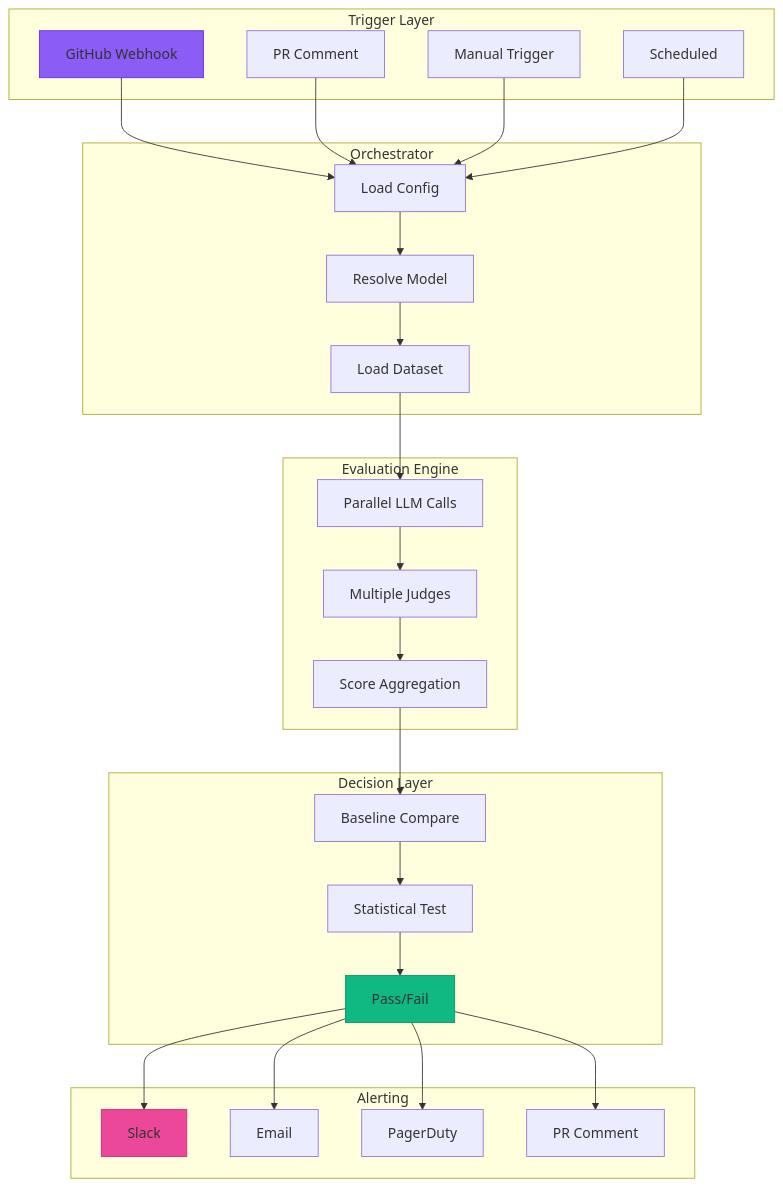
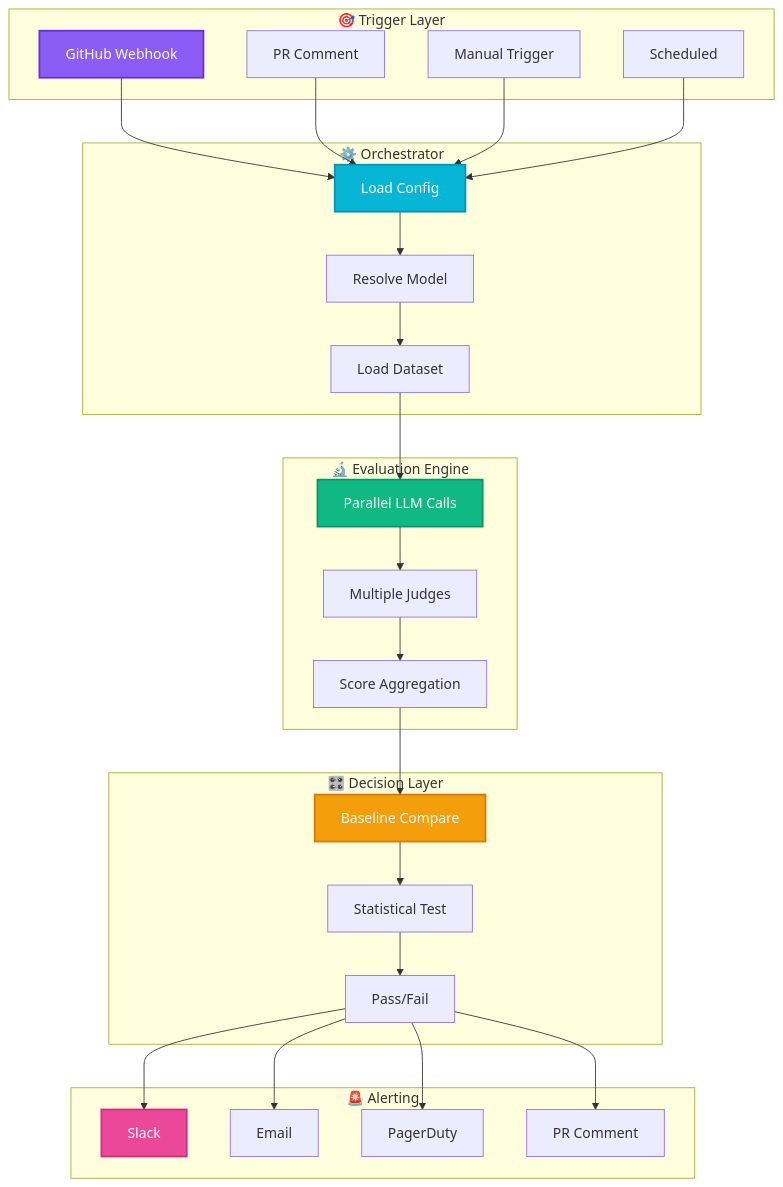
Before and after one commit to ZaheerAbbasOrakzai/llm-guard: the second of 3 diagrams in GITHUB_README.md, drawn with Mermaid. The commit also changed other lines of this file and 3 other files, not shown here.

````diff
--- a/GITHUB_README.md
+++ b/GITHUB_README.md
@@ -219,44 +254,46 @@
 ```mermaid
 graph TB
-    subgraph "Trigger Layer"
+    subgraph "🎯 Trigger Layer"
         A1[GitHub Webhook]
         A2[PR Comment]
         A3[Manual Trigger]
         A4[Scheduled]
     end
     
-    subgraph "Orchestrator"
+    subgraph "⚙️ Orchestrator"
         B1[Load Config]
         B2[Resolve Model]
         B3[Load Dataset]
     end
     
-    subgraph "Evaluation Engine"
+    subgraph "🔬 Evaluation Engine"
         C1[Parallel LLM Calls]
         C2[Multiple Judges]
         C3[Score Aggregation]
     end
     
-    subgraph "Decision Layer"
+    subgraph "🎛️ Decision Layer"
         D1[Baseline Compare]
         D2[Statistical Test]
         D3[Pass/Fail]
     end
     
-    subgraph "Alerting"
+    subgraph "🚨 Alerting"
         E1[Slack]
         E2[Email]
         E3[PagerDuty]
         E4[PR Comment]
     end
     
     A1 & A2 & A3 & A4 --> B1
     B1 --> B2 --> B3
     B3 --> C1 --> C2 --> C3
     C3 --> D1 --> D2 --> D3
     D3 --> E1 & E2 & E3 & E4
     
-    style A1 fill:#8b5cf6,stroke:#6d28d9
-    style D3 fill:#10b981,stroke:#059669
-    style E1 fill:#ec4899,stroke:#db2777
+    style A1 fill:#8b5cf6,stroke:#6d28d9,stroke-width:2px,color:#fff
+    style B1 fill:#06b6d4,stroke:#0891b2,stroke-width:2px,color:#fff
+    style C1 fill:#10b981,stroke:#059669,stroke-width:2px,color:#fff
+    style D1 fill:#f59e0b,stroke:#d97706,stroke-width:2px,color:#fff
+    style E1 fill:#ec4899,stroke:#db2777,stroke-width:2px,color:#fff
 ```
````
